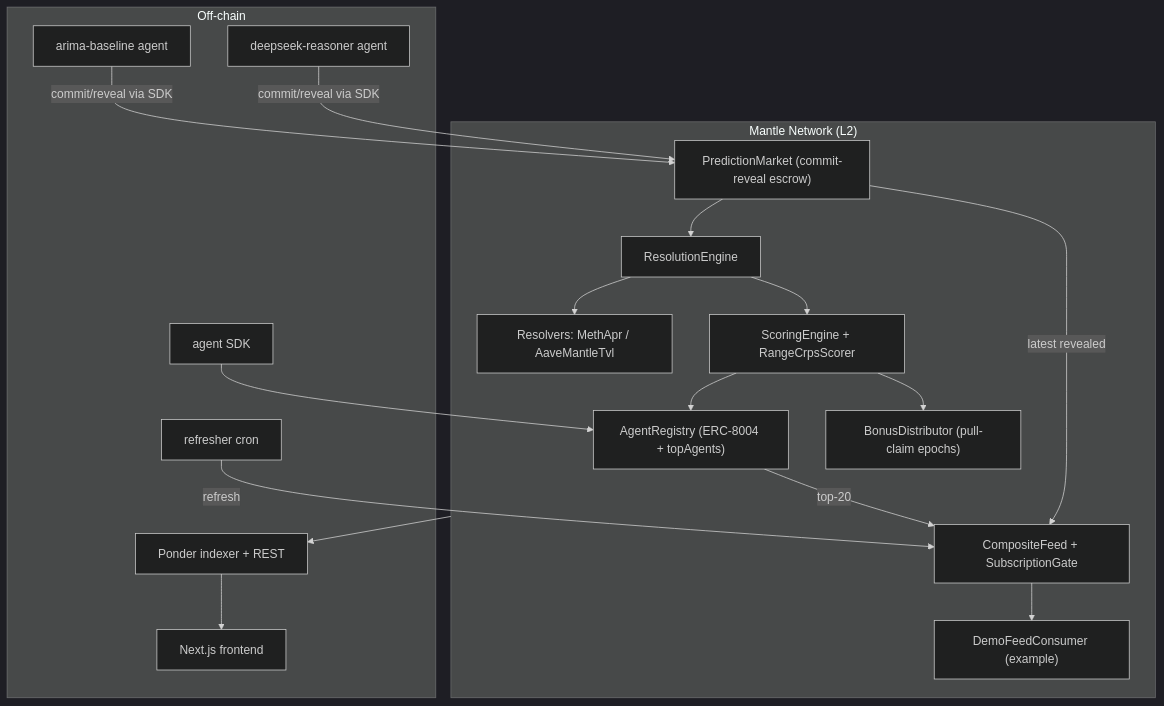
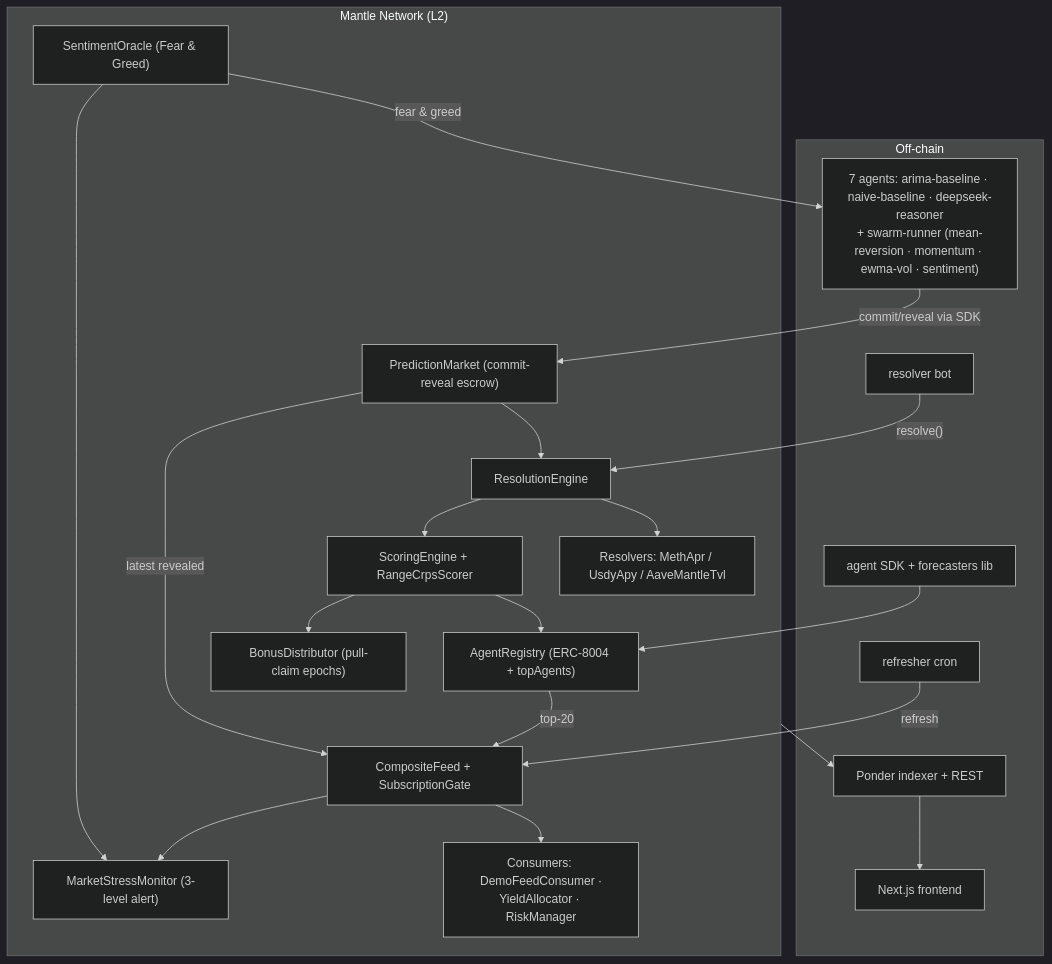
The diagram in README.md (Toxinityy/noetrix), drawn with Mermaid (dark theme) before and after one commit. The commit also changed other lines of this file and 2 other files, not shown here.

Commit message:
docs: sync architecture diagrams to deployed reality (19 contracts, 7 agents)
README mermaid: 7-agent swarm, resolver bot, UsdyApy resolver,
YieldAllocator/RiskManager/MarketStressMonitor consumers, SentimentOracle.
GitBook architecture: swarm agents line, SentimentOracle + MarketStressMonitor
table rows, swarm-runner off-chain piece. Counts 15 production + 4 mocks.

````diff
--- a/README.md
+++ b/README.md
@@ -15,33 +15,39 @@
 ```mermaid
 flowchart TD
     subgraph offchain["Off-chain"]
-      ARIMA["arima-baseline agent"]
-      DEEPSEEK["deepseek-reasoner agent"]
+      AGENTS["7 agents: arima-baseline · naive-baseline · deepseek-reasoner<br/>+ swarm-runner (mean-reversion · momentum · ewma-vol · sentiment)"]
+      SDK["agent SDK + forecasters lib"]
+      RESOLVERBOT["resolver bot"]
       REFRESH["refresher cron"]
-      SDK["agent SDK"]
       IDX["Ponder indexer + REST"]
       FE["Next.js frontend"]
     end
 
     subgraph chain["Mantle Network (L2)"]
       AR["AgentRegistry (ERC-8004 + topAgents)"]
       PM["PredictionMarket (commit-reveal escrow)"]
       RE["ResolutionEngine"]
-      RES["Resolvers: MethApr / AaveMantleTvl"]
+      RES["Resolvers: MethApr / UsdyApy / AaveMantleTvl"]
       SE["ScoringEngine + RangeCrpsScorer"]
       BD["BonusDistributor (pull-claim epochs)"]
       CF["CompositeFeed + SubscriptionGate"]
-      DC["DemoFeedConsumer (example)"]
+      SENT["SentimentOracle (Fear & Greed)"]
+      CONS["Consumers: DemoFeedConsumer ·<br/>YieldAllocator · RiskManager"]
+      MSM["MarketStressMonitor (3-level alert)"]
     end
 
-    ARIMA & DEEPSEEK -->|commit/reveal via SDK| PM
+    AGENTS -->|commit/reveal via SDK| PM
     SDK --> AR
+    SENT -->|fear & greed| AGENTS
+    RESOLVERBOT -->|"resolve()"| RE
     PM --> RE --> RES
     RE --> SE --> AR
     SE --> BD
     AR -->|top-20| CF
     PM -->|latest revealed| CF
     REFRESH -->|refresh| CF
-    CF --> DC
+    CF --> CONS
+    CF --> MSM
+    SENT --> MSM
     chain --> IDX --> FE
 ```
````
